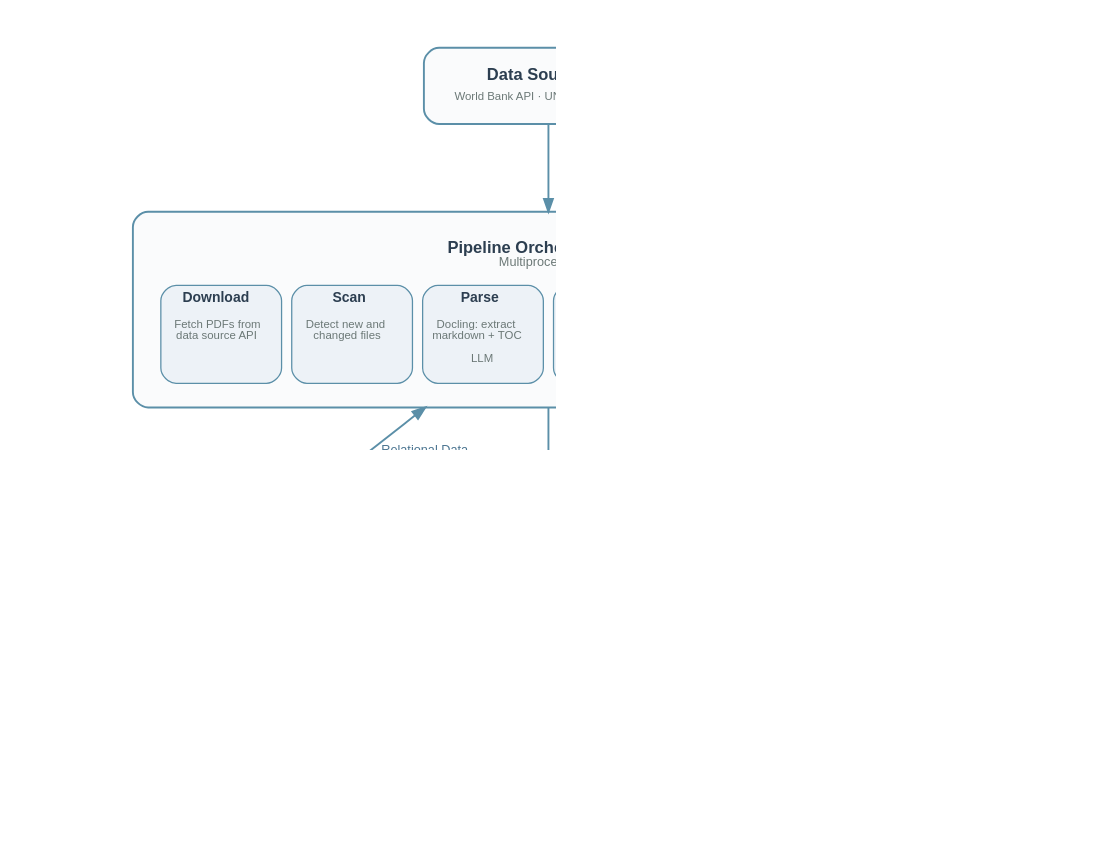
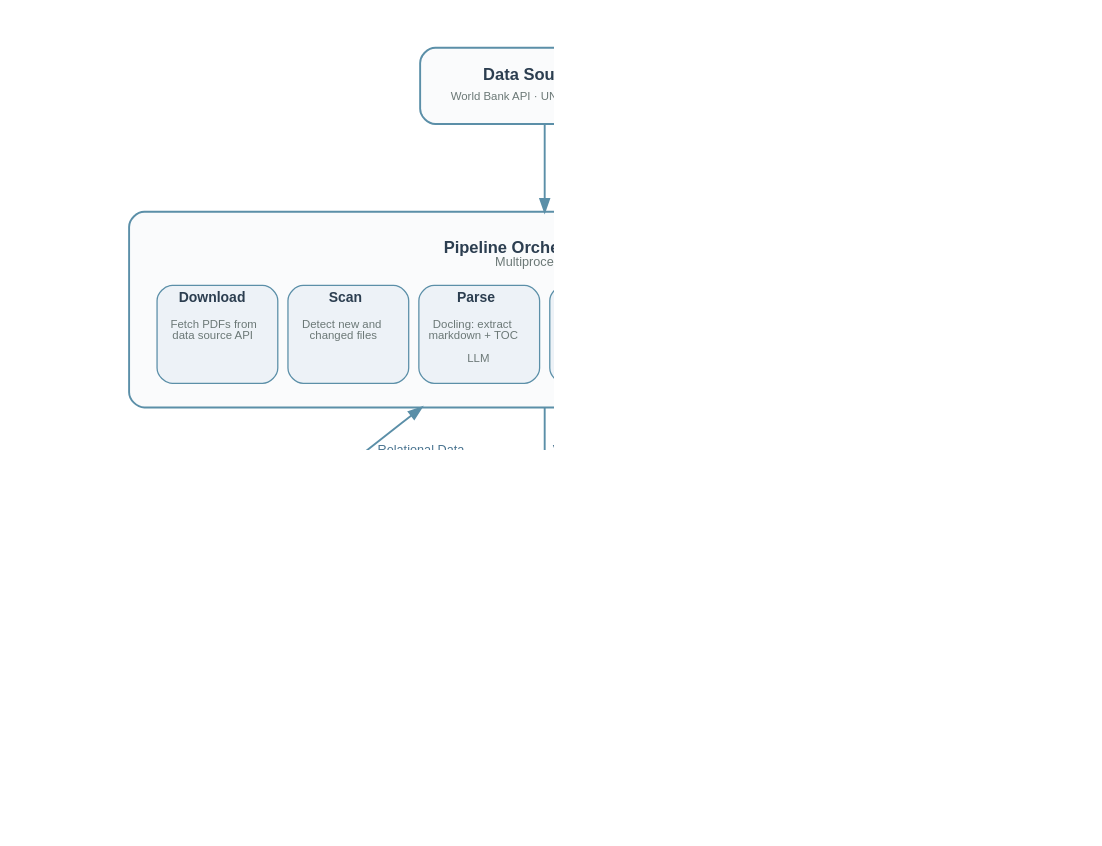
Before and after one commit to dividor/evidencelab: the diagram in docs/images/admin/architecture/pipeline-architecture.dot, drawn with Graphviz. The commit also changed 7 other files, not shown here.

First line of the commit message:
fix(models): replace the retired Qwen3-235B with Kimi K2 on Hugging Face

```diff
--- a/docs/images/admin/architecture/pipeline-architecture.dot
+++ b/docs/images/admin/architecture/pipeline-architecture.dot
@@ -1,124 +1,124 @@
 digraph Pipeline {
     bgcolor="white"
     fontcolor="#2C3E50"
     fontsize=14
     fontname="Helvetica"
     rankdir=TB
     ranksep=0.8
     nodesep=0.6
     pad=0.5
     dpi=150
     splines=true
     newrank=true
 
     node [
         shape=box
         style="rounded,filled"
         fillcolor="#fafbfc"
         color="#5B8FA8"
         fontcolor="#2C3E50"
         fontname="Helvetica"
         fontsize=11
         penwidth=1.5
         margin="0.3,0.2"
     ]
 
     edge [
         color="#5B8FA8"
         fontcolor="#4A7490"
         fontname="Helvetica"
         fontsize=10
         penwidth=1.5
     ]
 
     // Data Sources
     datasrc [label=<
         <TABLE BORDER="0" CELLBORDER="0" CELLSPACING="0" CELLPADDING="2">
         <TR><TD ALIGN="CENTER"><FONT FACE="Helvetica" POINT-SIZE="13" COLOR="#2C3E50"><B>Data Sources</B></FONT></TD></TR>
         <TR><TD ALIGN="CENTER"><FONT FACE="Helvetica" POINT-SIZE="9" COLOR="#6B7876">World Bank API · UNEG · Custom</FONT></TD></TR>
         </TABLE>
     > fillcolor="#fafbfc"]
 
     // Pipeline Orchestrator
     orchestrator [label=<
         <TABLE BORDER="0" CELLBORDER="0" CELLSPACING="8" CELLPADDING="4">
         <TR><TD COLSPAN="6" ALIGN="CENTER"><FONT FACE="Helvetica" POINT-SIZE="13" COLOR="#2C3E50"><B>Pipeline Orchestrator</B></FONT><BR/><FONT FACE="Helvetica" POINT-SIZE="10" COLOR="#6B7876">Multiprocessing</FONT></TD></TR>
         <TR>
             <TD BGCOLOR="#EDF2F7" BORDER="1" COLOR="#5B8FA8" STYLE="ROUNDED" VALIGN="TOP" WIDTH="95"><FONT FACE="Helvetica" COLOR="#2C3E50" POINT-SIZE="11"><B>Download</B></FONT><BR/><BR/><FONT FACE="Helvetica" POINT-SIZE="9" COLOR="#6B7876">Fetch PDFs from<BR/>data source API</FONT></TD>
             <TD BGCOLOR="#EDF2F7" BORDER="1" COLOR="#5B8FA8" STYLE="ROUNDED" VALIGN="TOP" WIDTH="95"><FONT FACE="Helvetica" COLOR="#2C3E50" POINT-SIZE="11"><B>Scan</B></FONT><BR/><BR/><FONT FACE="Helvetica" POINT-SIZE="9" COLOR="#6B7876">Detect new and<BR/>changed files</FONT></TD>
             <TD BGCOLOR="#EDF2F7" BORDER="1" COLOR="#5B8FA8" STYLE="ROUNDED" VALIGN="TOP" WIDTH="95"><FONT FACE="Helvetica" COLOR="#2C3E50" POINT-SIZE="11"><B>Parse</B></FONT><BR/><BR/><FONT FACE="Helvetica" POINT-SIZE="9" COLOR="#6B7876">Docling: extract<BR/>markdown + TOC<BR/><BR/>LLM</FONT></TD>
             <TD BGCOLOR="#EDF2F7" BORDER="1" COLOR="#5B8FA8" STYLE="ROUNDED" VALIGN="TOP" WIDTH="95"><FONT FACE="Helvetica" COLOR="#2C3E50" POINT-SIZE="11"><B>Summarise</B></FONT><BR/><BR/><FONT FACE="Helvetica" POINT-SIZE="9" COLOR="#6B7876">Extractive +<BR/>abstractive<BR/><BR/>EMBEDDING<BR/>LLM</FONT></TD>
             <TD BGCOLOR="#EDF2F7" BORDER="1" COLOR="#5B8FA8" STYLE="ROUNDED" VALIGN="TOP" WIDTH="95"><FONT FACE="Helvetica" COLOR="#2C3E50" POINT-SIZE="11"><B>Tag</B></FONT><BR/><BR/><FONT FACE="Helvetica" POINT-SIZE="9" COLOR="#6B7876">Section types +<BR/>taxonomy<BR/><BR/>EMBEDDING<BR/>LLM</FONT></TD>
             <TD BGCOLOR="#EDF2F7" BORDER="1" COLOR="#5B8FA8" STYLE="ROUNDED" VALIGN="TOP" WIDTH="95"><FONT FACE="Helvetica" COLOR="#2C3E50" POINT-SIZE="11"><B>Index</B></FONT><BR/><BR/><FONT FACE="Helvetica" POINT-SIZE="9" COLOR="#6B7876">Chunk + embed<BR/>dense + sparse<BR/><BR/>EMBEDDING</FONT></TD>
         </TR>
         </TABLE>
     > fillcolor="#fafbfc" color="#5B8FA8" penwidth=1.5 margin="0.2,0.15"]
 
     // Data stores
     pg [label=<
         <TABLE BORDER="0" CELLBORDER="0" CELLSPACING="0" CELLPADDING="2">
         <TR><TD ALIGN="CENTER"><FONT FACE="Helvetica" POINT-SIZE="11" COLOR="#2C3E50"><B>PostgreSQL</B></FONT></TD></TR>
         <TR><TD ALIGN="CENTER"><FONT FACE="Helvetica" POINT-SIZE="9" COLOR="#6B7876">Raw metadata · Parsed text<BR/>Chunks · Status tracking</FONT></TD></TR>
         </TABLE>
     > fillcolor="#fafbfc" width=2.2]
 
     qd [label=<
         <TABLE BORDER="0" CELLBORDER="0" CELLSPACING="0" CELLPADDING="2">
         <TR><TD ALIGN="CENTER"><FONT FACE="Helvetica" POINT-SIZE="11" COLOR="#2C3E50"><B>Qdrant</B></FONT></TD></TR>
         <TR><TD ALIGN="CENTER"><FONT FACE="Helvetica" POINT-SIZE="9" COLOR="#6B7876">Document vectors<BR/>Chunk vectors (dense + sparse)</FONT></TD></TR>
         </TABLE>
     > fillcolor="#fafbfc" width=2.2]
 
     fs [label=<
         <TABLE BORDER="0" CELLBORDER="0" CELLSPACING="0" CELLPADDING="2">
         <TR><TD ALIGN="CENTER"><FONT FACE="Helvetica" POINT-SIZE="11" COLOR="#2C3E50"><B>Filesystem</B></FONT></TD></TR>
         <TR><TD ALIGN="CENTER"><FONT FACE="Helvetica" POINT-SIZE="9" COLOR="#6B7876">PDFs · Parsed output<BR/>Images · Tables</FONT></TD></TR>
         </TABLE>
     > fillcolor="#fafbfc" width=2.2]
 
     // Models box
     models [label=<
         <TABLE BORDER="0" CELLBORDER="0" CELLSPACING="8" CELLPADDING="6" BGCOLOR="#fafbfc">
         <TR><TD COLSPAN="5" ALIGN="CENTER"><FONT FACE="Helvetica" POINT-SIZE="13" COLOR="#2C3E50"><B>Models</B></FONT><BR/><FONT FACE="Helvetica" POINT-SIZE="10" COLOR="#6B7876">config.json model_combo</FONT></TD></TR>
         <TR>
             <TD BGCOLOR="#EDF2F7" BORDER="1" COLOR="#5B8FA8" STYLE="ROUNDED" COLSPAN="2" VALIGN="TOP">
                 <TABLE BORDER="0" CELLBORDER="0" CELLSPACING="4" CELLPADDING="3">
                 <TR><TD COLSPAN="2" ALIGN="CENTER"><FONT FACE="Helvetica" COLOR="#4A7490" POINT-SIZE="11"><B>Local</B></FONT></TD></TR>
                 <TR>
                     <TD BGCOLOR="#fafbfc" BORDER="1" COLOR="#5B8FA8" STYLE="ROUNDED" ALIGN="CENTER" VALIGN="TOP" WIDTH="130"><FONT FACE="Helvetica" COLOR="#2C3E50" POINT-SIZE="11"><B>Embedding</B></FONT><BR/><BR/><FONT FACE="Helvetica" COLOR="#6B7876" POINT-SIZE="9">Infinity server +<BR/>HF models</FONT></TD>
                     <TD BGCOLOR="#fafbfc" BORDER="1" COLOR="#5B8FA8" STYLE="ROUNDED" ALIGN="CENTER" VALIGN="TOP" WIDTH="130"><FONT FACE="Helvetica" COLOR="#2C3E50" POINT-SIZE="11"><B>Rerank</B></FONT><BR/><BR/><FONT FACE="Helvetica" COLOR="#6B7876" POINT-SIZE="9">Jina v2<BR/>multilingual</FONT></TD>
                 </TR>
                 </TABLE>
             </TD>
             <TD BGCOLOR="#EDF2F7" BORDER="1" COLOR="#5B8FA8" STYLE="ROUNDED" COLSPAN="3" VALIGN="TOP">
                 <TABLE BORDER="0" CELLBORDER="0" CELLSPACING="4" CELLPADDING="3">
                 <TR><TD COLSPAN="3" ALIGN="CENTER"><FONT FACE="Helvetica" COLOR="#4A7490" POINT-SIZE="11"><B>Remote API</B></FONT></TD></TR>
                 <TR>
                     <TD BGCOLOR="#fafbfc" BORDER="1" COLOR="#5B8FA8" STYLE="ROUNDED" ALIGN="CENTER" VALIGN="TOP" WIDTH="130"><FONT FACE="Helvetica" COLOR="#2C3E50" POINT-SIZE="11"><B>Embedding</B></FONT><BR/><BR/><FONT FACE="Helvetica" COLOR="#6B7876" POINT-SIZE="9">Azure text-embedding-3<BR/>Google gemini-embedding</FONT></TD>
-                    <TD BGCOLOR="#fafbfc" BORDER="1" COLOR="#5B8FA8" STYLE="ROUNDED" ALIGN="CENTER" VALIGN="TOP" WIDTH="130"><FONT FACE="Helvetica" COLOR="#2C3E50" POINT-SIZE="11"><B>LLMs</B></FONT><BR/><BR/><FONT FACE="Helvetica" COLOR="#6B7876" POINT-SIZE="9">Azure GPT-4.1<BR/>HF Qwen3 235B / Llama 3.1<BR/>Google Gemini 2.5</FONT></TD>
+                    <TD BGCOLOR="#fafbfc" BORDER="1" COLOR="#5B8FA8" STYLE="ROUNDED" ALIGN="CENTER" VALIGN="TOP" WIDTH="130"><FONT FACE="Helvetica" COLOR="#2C3E50" POINT-SIZE="11"><B>LLMs</B></FONT><BR/><BR/><FONT FACE="Helvetica" COLOR="#6B7876" POINT-SIZE="9">Azure GPT-4.1<BR/>HF Kimi K2 / Llama 3.1<BR/>Google Gemini 3.8</FONT></TD>
                     <TD BGCOLOR="#fafbfc" BORDER="1" COLOR="#5B8FA8" STYLE="ROUNDED" ALIGN="CENTER" VALIGN="TOP" WIDTH="130"><FONT FACE="Helvetica" COLOR="#2C3E50" POINT-SIZE="11"><B>Rerank</B></FONT><BR/><BR/><FONT FACE="Helvetica" COLOR="#6B7876" POINT-SIZE="9">Azure Cohere<BR/>Google Vertex Ranker</FONT></TD>
                 </TR>
                 </TABLE>
             </TD>
         </TR>
         </TABLE>
     > fillcolor="#fafbfc" color="#5B8FA8" penwidth=1.5 margin="0.2,0.15"]
 
     // Layout
     {rank=same; pg; qd; fs}
 
     // Connections
     datasrc -> orchestrator [label="  PDFs + Metadata  " weight=10]
 
     orchestrator -> pg [label="  Relational Data  " dir=both weight=5]
     orchestrator -> qd [label="  Vectors  " weight=5]
     orchestrator -> fs [label="  Files  " dir=both weight=5]
 
     // Force models below data stores
     pg -> models [style=invis weight=10]
     qd -> models [style=invis weight=10]
     fs -> models [style=invis weight=10]
 
     // Models connected from orchestrator
     orchestrator -> models [label="  EMBEDDING + LLM  " dir=both weight=1]
 }
```
